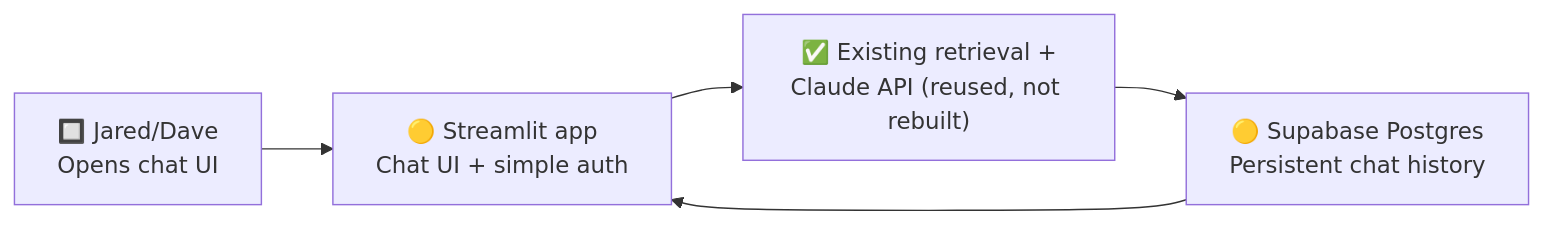
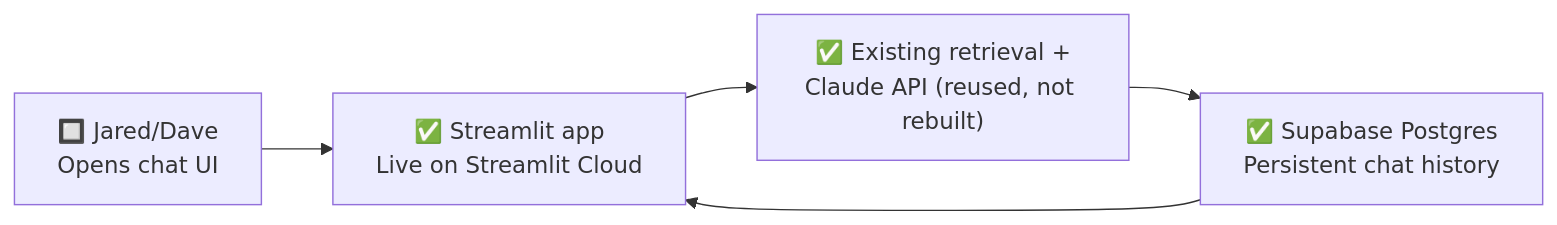
One commit to DaveBarberSHV/vessel-maintenance-platform changed the third of 3 diagrams in docs/architecture.md. Above: the diagram before and after it, drawn with Mermaid. The commit also changed other lines of this file and 1 other file, not shown here.

Commit message:
Document tonight's real fixes and deployment status: architecture reflects live production system, backlog captures embedding batching fix, page numbering fix, and elevates Chroma-in-git migration to top priority

````diff
--- a/docs/architecture.md
+++ b/docs/architecture.md
@@ -81,7 +76,7 @@
 ```mermaid
 flowchart LR
-    A["🔲 Jared/Dave<br/>Opens chat UI"] --> B["🟡 Streamlit app<br/>Chat UI + simple auth"]
+    A["🔲 Jared/Dave<br/>Opens chat UI"] --> B["✅ Streamlit app<br/>Live on Streamlit Cloud"]
     B --> C["✅ Existing retrieval +<br/>Claude API (reused, not rebuilt)"]
-    C --> D["🟡 Supabase Postgres<br/>Persistent chat history"]
+    C --> D["✅ Supabase Postgres<br/>Persistent chat history"]
     D --> B
 ```
````
